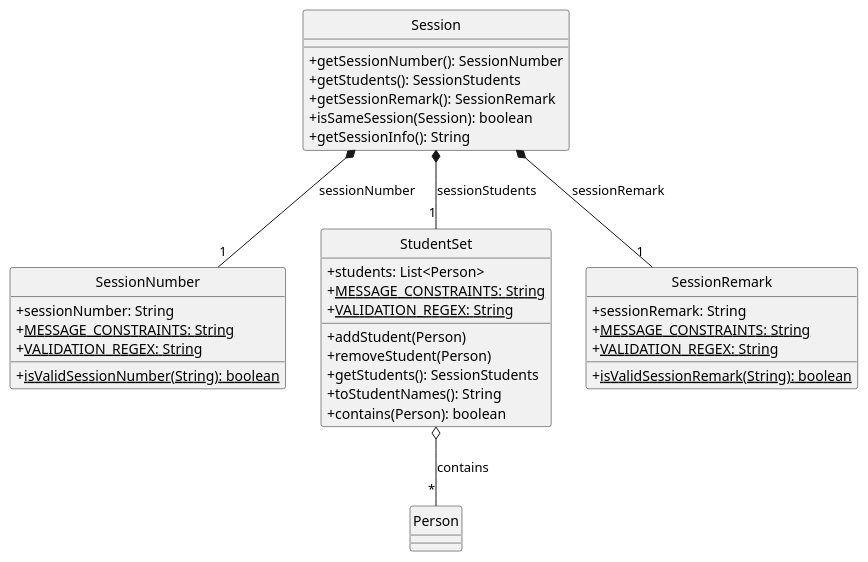
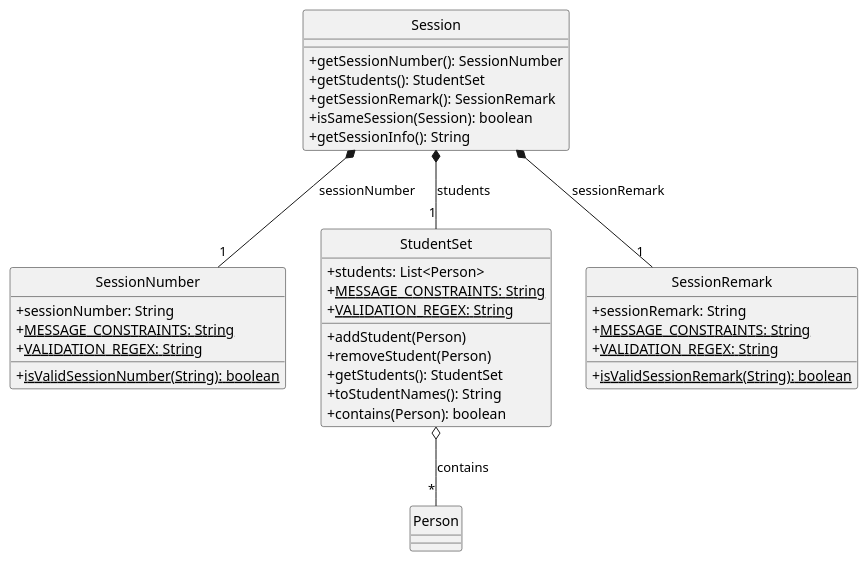
One commit to raydenlim/tp changed the diagram in docs/diagrams/SessionClassUML.puml. Above: the diagram before and after it, drawn with PlantUML. The commit also changed 1 other file, not shown here.

Commit message:
Fix UML diagram

```diff
--- a/docs/diagrams/SessionClassUML.puml
+++ b/docs/diagrams/SessionClassUML.puml
@@ -1,46 +1,46 @@
 @startuml Session
 hide circle
 skinparam classAttributeIconSize 0
 
 Class Session {
   + getSessionNumber(): SessionNumber
-  + getStudents(): SessionStudents
+  + getStudents(): StudentSet
   + getSessionRemark(): SessionRemark
   + isSameSession(Session): boolean
   + getSessionInfo(): String
 }
 
 Class SessionNumber {
   + sessionNumber: String
   + <u>MESSAGE_CONSTRAINTS: String
   + <u>VALIDATION_REGEX: String
   + <u>isValidSessionNumber(String): boolean
 }
 
 Class StudentSet {
   + students: List<Person>
   + <u>MESSAGE_CONSTRAINTS: String
   + <u>VALIDATION_REGEX: String
   + addStudent(Person)
   + removeStudent(Person)
-  + getStudents(): SessionStudents
+  + getStudents(): StudentSet
   + toStudentNames(): String
   + contains(Person): boolean
 }
 
 Class SessionRemark {
   + sessionRemark: String
   + <u>MESSAGE_CONSTRAINTS: String
   + <u>VALIDATION_REGEX: String
   + <u>isValidSessionRemark(String): boolean
 }
 
 Class Person {
 }
 
 Session *-- "1" SessionNumber: sessionNumber
-Session *-- "1" StudentSet: sessionStudents
+Session *-- "1" StudentSet: students
 Session *-- "1" SessionRemark: sessionRemark
 StudentSet o-- "*" Person: contains
 
 @enduml
```
